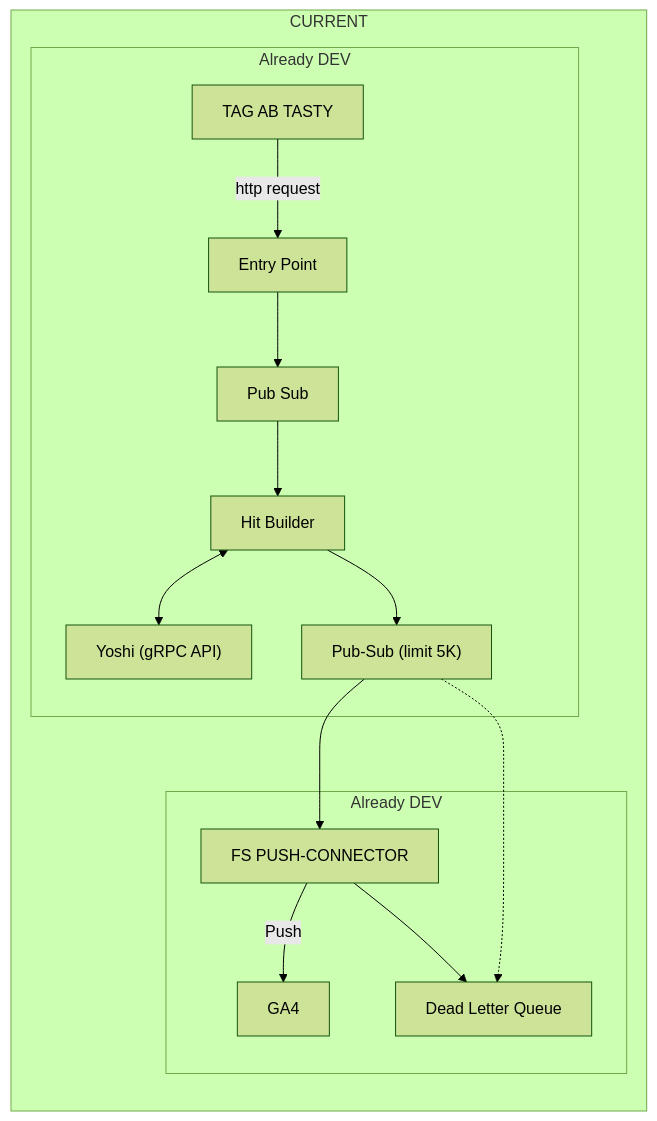
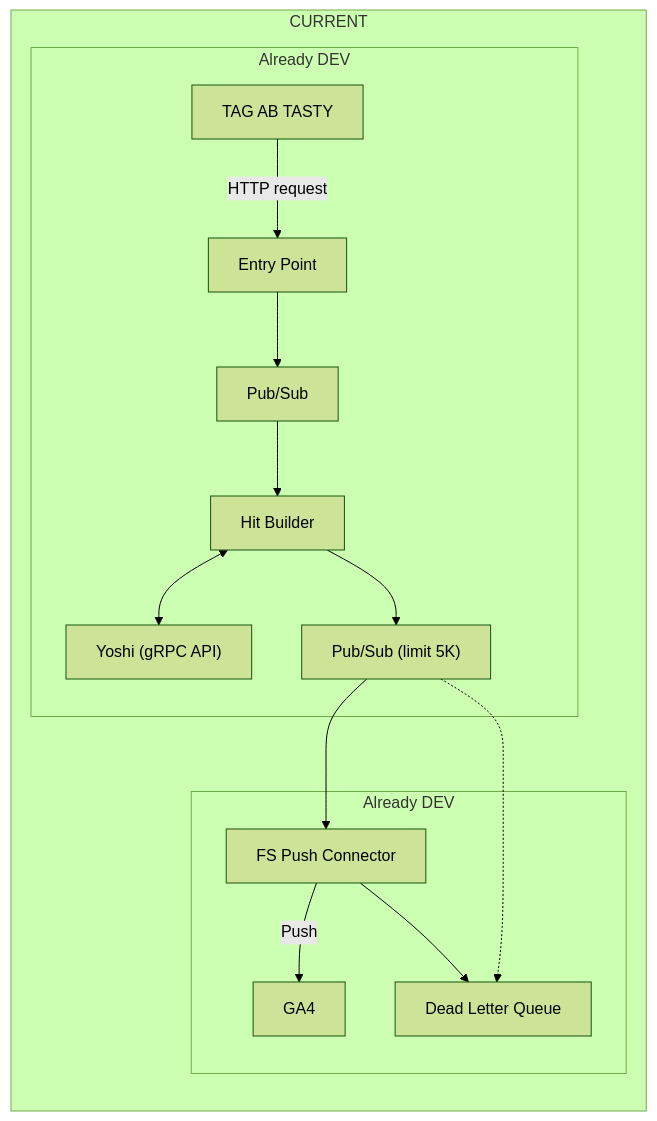
One commit to valoudefou/abtasty-ga4-server-to-server changed the diagram in README.md. Above: the diagram before and after it, drawn with Mermaid (forest theme). The commit also changed other lines of this file, not shown here.

````diff
--- a/README.md
+++ b/README.md
@@ -8,18 +9,18 @@
 ```mermaid
 flowchart LR
     subgraph Current["CURRENT"]
         subgraph Dev1["Already DEV"]
-            A["TAG AB TASTY"] -->|http request| B["Entry Point"]
-            B --> C["Pub Sub"]
+            A["TAG AB TASTY"] -->|HTTP request| B["Entry Point"]
+            B --> C["Pub/Sub"]
             C --> D["Hit Builder"]
             D <--> E["Yoshi (gRPC API)"]
-            D --> F["Pub-Sub (limit 5K)"]
+            D --> F["Pub/Sub (limit 5K)"]
         end
         subgraph Dev2["Already DEV"]
-            F --> G["FS PUSH-CONNECTOR"]
+            F --> G["FS Push Connector"]
             G -->|Push| H["GA4"]
             G --> I["Dead Letter Queue"]
         end
         F -.-> I
     end
 ```
````
